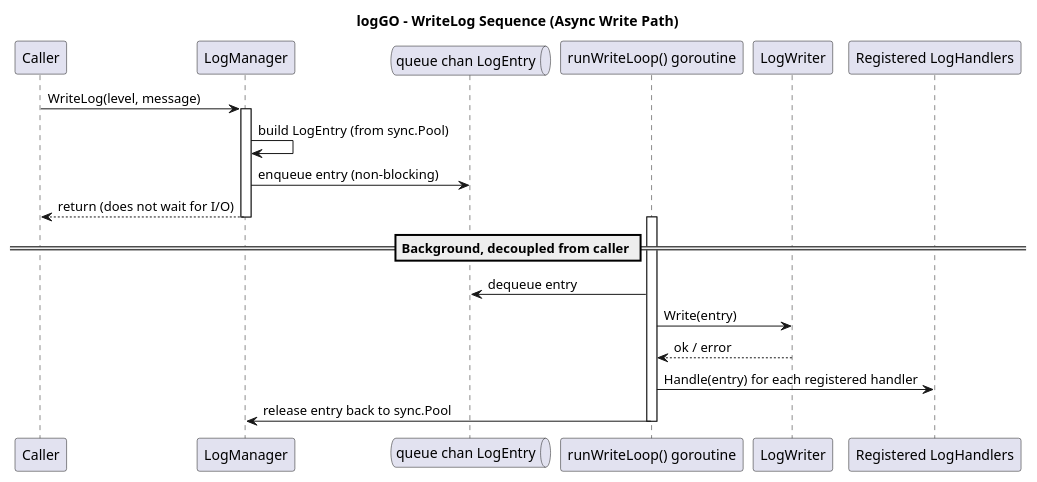
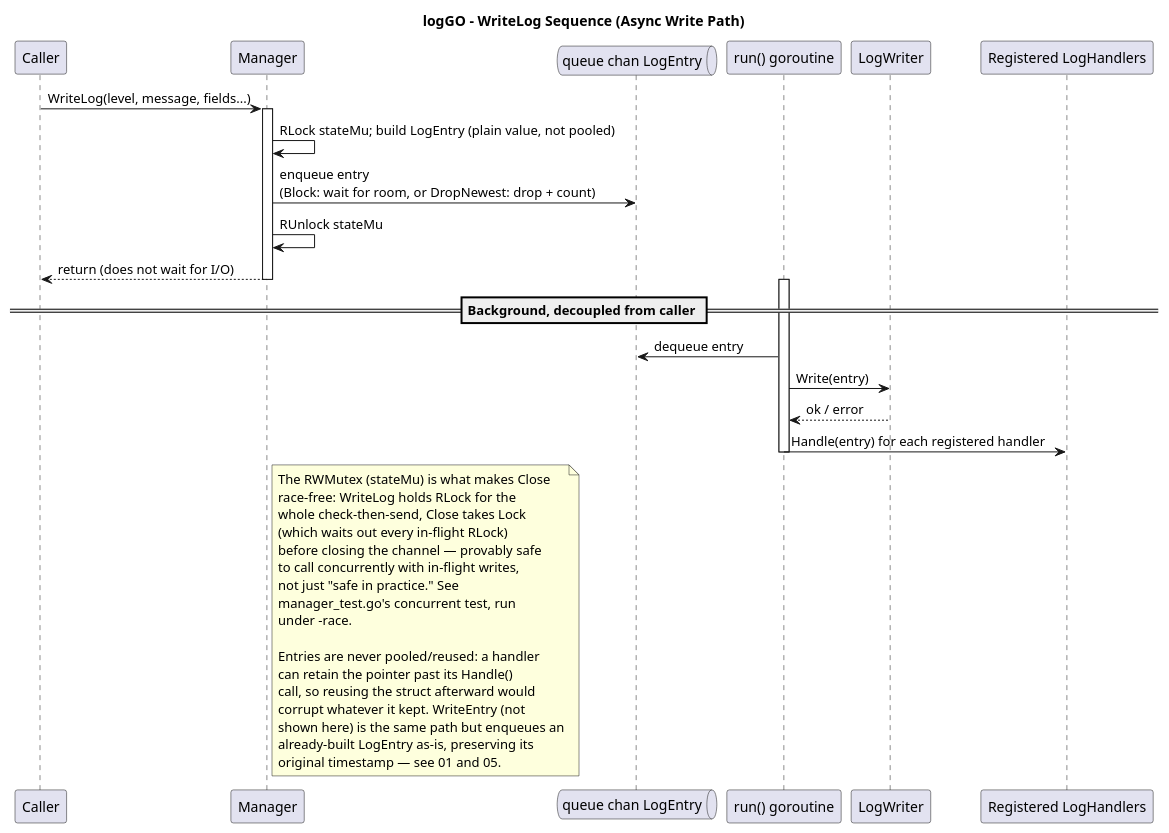
Before and after one commit to ttfancy/logGO: the diagram in docs/diagrams/02-logGO-write-sequence.puml, drawn with PlantUML. The commit also changed 6 other files, not shown here.

First line of the commit message:
Bring diagrams and README back in sync with the code

```diff
--- a/docs/diagrams/02-logGO-write-sequence.puml
+++ b/docs/diagrams/02-logGO-write-sequence.puml
@@ -1,27 +1,47 @@
 @startuml
 title logGO - WriteLog Sequence (Async Write Path)
 
 participant Caller
-participant LogManager
+participant Manager
 queue Channel as "queue chan LogEntry"
-participant WriterLoop as "runWriteLoop() goroutine"
+participant WriterLoop as "run() goroutine"
 participant LogWriter
 participant Handlers as "Registered LogHandlers"
 
-Caller -> LogManager: WriteLog(level, message)
-activate LogManager
-LogManager -> LogManager: build LogEntry (from sync.Pool)
-LogManager -> Channel: enqueue entry (non-blocking)
-LogManager --> Caller: return (does not wait for I/O)
-deactivate LogManager
+Caller -> Manager: WriteLog(level, message, fields...)
+activate Manager
+Manager -> Manager: RLock stateMu; build LogEntry (plain value, not pooled)
+Manager -> Channel: enqueue entry\n(Block: wait for room, or DropNewest: drop + count)
+Manager -> Manager: RUnlock stateMu
+Manager --> Caller: return (does not wait for I/O)
+deactivate Manager
 
 == Background, decoupled from caller ==
 activate WriterLoop
 WriterLoop -> Channel: dequeue entry
 WriterLoop -> LogWriter: Write(entry)
 LogWriter --> WriterLoop: ok / error
 WriterLoop -> Handlers: Handle(entry) for each registered handler
-WriterLoop -> LogManager: release entry back to sync.Pool
 deactivate WriterLoop
 
+note right of Manager
+  The RWMutex (stateMu) is what makes Close
+  race-free: WriteLog holds RLock for the
+  whole check-then-send, Close takes Lock
+  (which waits out every in-flight RLock)
+  before closing the channel — provably safe
+  to call concurrently with in-flight writes,
+  not just "safe in practice." See
+  manager_test.go's concurrent test, run
+  under -race.
+
+  Entries are never pooled/reused: a handler
+  can retain the pointer past its Handle()
+  call, so reusing the struct afterward would
+  corrupt whatever it kept. WriteEntry (not
+  shown here) is the same path but enqueues an
+  already-built LogEntry as-is, preserving its
+  original timestamp — see 01 and 05.
+end note
+
 @enduml
```
